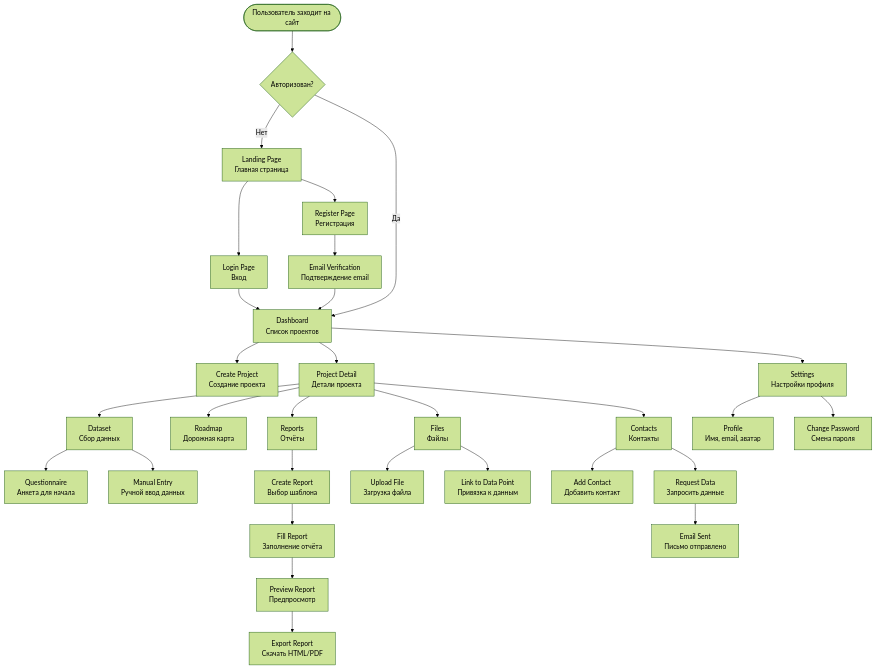
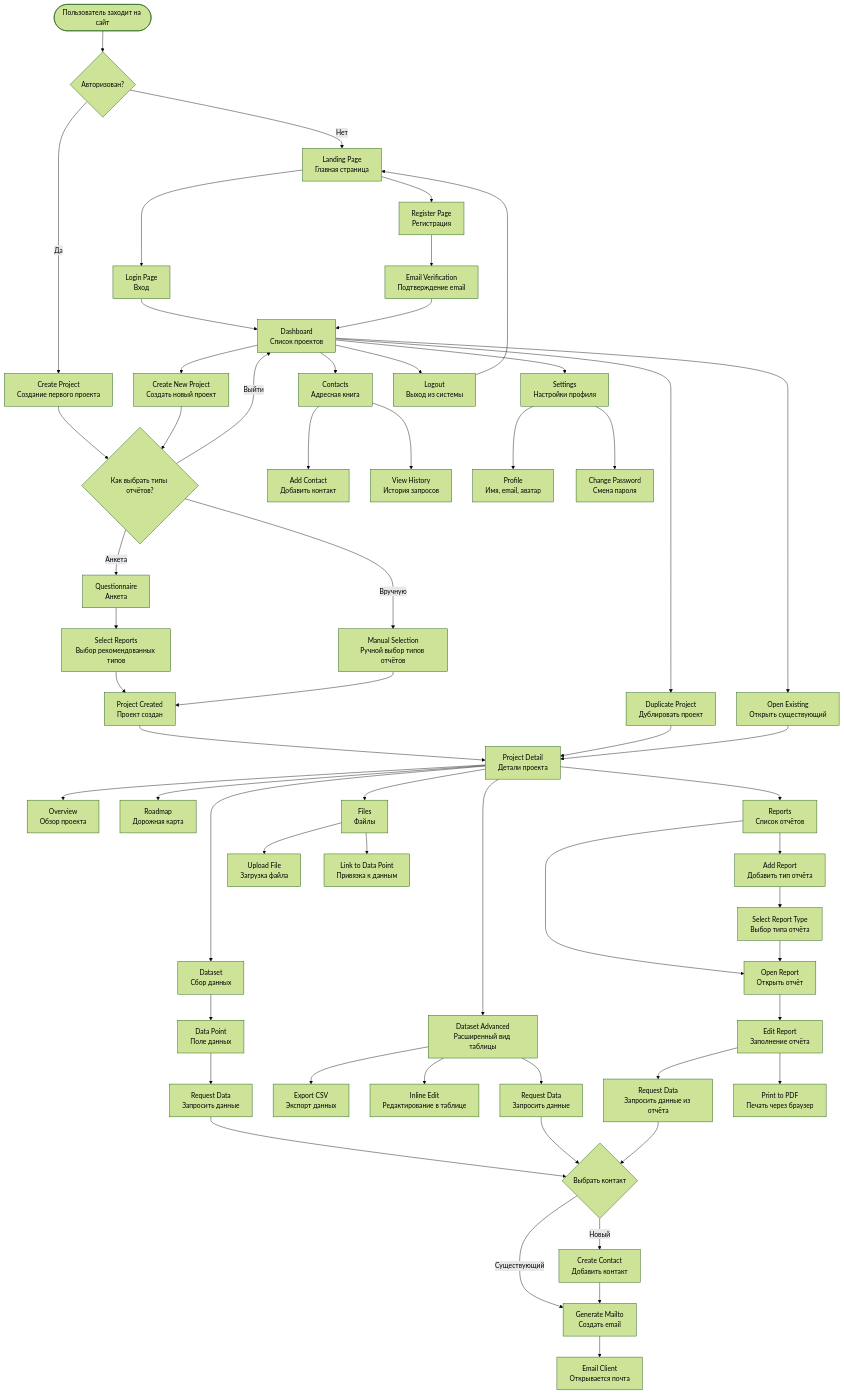
Before and after one commit to condr-at/carbonreport: the first of 4 diagrams in docs/USER_FLOW.md, drawn with Mermaid (forest theme). The commit also changed other lines of this file and 3 other files, not shown here.

````diff
--- a/docs/USER_FLOW.md
+++ b/docs/USER_FLOW.md
@@ -7,42 +7,72 @@
 ```mermaid
 graph TD
     Start([Пользователь заходит на сайт]) --> Auth{Авторизован?}
     
     Auth -->|Нет| Landing[Landing Page<br/>Главная страница]
     Landing --> Login[Login Page<br/>Вход]
     Landing --> Register[Register Page<br/>Регистрация]
     
     Login --> Dashboard
     Register --> EmailVerify[Email Verification<br/>Подтверждение email]
     EmailVerify --> Dashboard
     
-    Auth -->|Да| Dashboard[Dashboard<br/>Список проектов]
+    Auth -->|Да| CreateProject[Create Project<br/>Создание первого проекта]
+    CreateProject --> ChooseReports{Как выбрать типы отчётов?}
+    ChooseReports -->|Анкета| Questionnaire[Questionnaire<br/>Анкета]
+    ChooseReports -->|Вручную| ManualReportSelection[Manual Selection<br/>Ручной выбор типов отчётов]
+    ChooseReports -->|Выйти| Dashboard[Dashboard<br/>Список проектов]
+    Questionnaire --> SelectRecommendedReports[Select Reports<br/>Выбор рекомендованных типов]
+    SelectRecommendedReports --> ProjectCreated[Project Created<br/>Проект создан]
+    ManualReportSelection --> ProjectCreated
+    ProjectCreated --> ProjectDetail[Project Detail<br/>Детали проекта]
     
-    Dashboard --> CreateProject[Create Project<br/>Создание проекта]
-    Dashboard --> ProjectDetail[Project Detail<br/>Детали проекта]
+    Dashboard --> CreateNewProject[Create New Project<br/>Создать новый проект]
+    CreateNewProject --> ChooseReports
+    Dashboard --> DuplicateProject[Duplicate Project<br/>Дублировать проект]
+    DuplicateProject --> ProjectDetail
+    Dashboard --> ExistingProject[Open Existing<br/>Открыть существующий]
+    ExistingProject --> ProjectDetail
     
+    ProjectDetail --> Overview[Overview<br/>Обзор проекта]
     ProjectDetail --> Dataset[Dataset<br/>Сбор данных]
+    ProjectDetail --> DatasetAdvanced[Dataset Advanced<br/>Расширенный вид таблицы]
     ProjectDetail --> Roadmap[Roadmap<br/>Дорожная карта]
-    ProjectDetail --> Reports[Reports<br/>Отчёты]
+    ProjectDetail --> Reports[Reports<br/>Список отчётов]
     ProjectDetail --> Files[Files<br/>Файлы]
-    ProjectDetail --> Contacts[Contacts<br/>Контакты]
     
-    Dataset --> QuestionnaireStart[Questionnaire<br/>Анкета для начала]
-    Dataset --> ManualEntry[Manual Entry<br/>Ручной ввод данных]
+    Dataset --> DataPoint[Data Point<br/>Поле данных]
+    DataPoint --> RequestDataFromDP[Request Data<br/>Запросить данные]
+    RequestDataFromDP --> SelectContact{Выбрать контакт}
+    SelectContact -->|Существующий| GenerateMailto[Generate Mailto<br/>Создать email]
+    SelectContact -->|Новый| CreateContactInline[Create Contact<br/>Добавить контакт]
+    CreateContactInline --> GenerateMailto
+    GenerateMailto --> EmailClient[Email Client<br/>Открывается почта]
     
-    Reports --> CreateReport[Create Report<br/>Выбор шаблона]
-    CreateReport --> FillReport[Fill Report<br/>Заполнение отчёта]
-    FillReport --> PreviewReport[Preview Report<br/>Предпросмотр]
-    PreviewReport --> ExportReport[Export Report<br/>Скачать HTML/PDF]
+    DatasetAdvanced --> ExportCSV[Export CSV<br/>Экспорт данных]
+    DatasetAdvanced --> InlineEdit[Inline Edit<br/>Редактирование в таблице]
+    DatasetAdvanced --> RequestDataFromTable[Request Data<br/>Запросить данные]
+    RequestDataFromTable --> SelectContact
+    
+    Reports --> AddReport[Add Report<br/>Добавить тип отчёта]
+    Reports --> OpenReport[Open Report<br/>Открыть отчёт]
+    AddReport --> SelectReportType[Select Report Type<br/>Выбор типа отчёта]
+    SelectReportType --> OpenReport
+    OpenReport --> EditReport[Edit Report<br/>Заполнение отчёта]
+    EditReport --> RequestDataFromReport[Request Data<br/>Запросить данные из отчёта]
+    RequestDataFromReport --> SelectContact
+    EditReport --> PrintToPDF[Print to PDF<br/>Печать через браузер]
     
     Files --> UploadFile[Upload File<br/>Загрузка файла]
-    Files --> LinkFile[Link to Data Point<br/>Привязка к данным]
+    Files --> LinkFileToDP[Link to Data Point<br/>Привязка к данным]
     
-    Contacts --> AddContact[Add Contact<br/>Добавить контакт]
-    Contacts --> RequestData[Request Data<br/>Запросить данные]
-    RequestData --> EmailSent[Email Sent<br/>Письмо отправлено]
+    Dashboard --> GlobalContacts[Contacts<br/>Адресная книга]
+    GlobalContacts --> AddContact[Add Contact<br/>Добавить контакт]
+    GlobalContacts --> ViewContactHistory[View History<br/>История запросов]
     
     Dashboard --> Settings[Settings<br/>Настройки профиля]
     Settings --> Profile[Profile<br/>Имя, email, аватар]
     Settings --> Password[Change Password<br/>Смена пароля]
+    
+    Dashboard --> Logout[Logout<br/>Выход из системы]
+    Logout --> Landing
 ```
````
